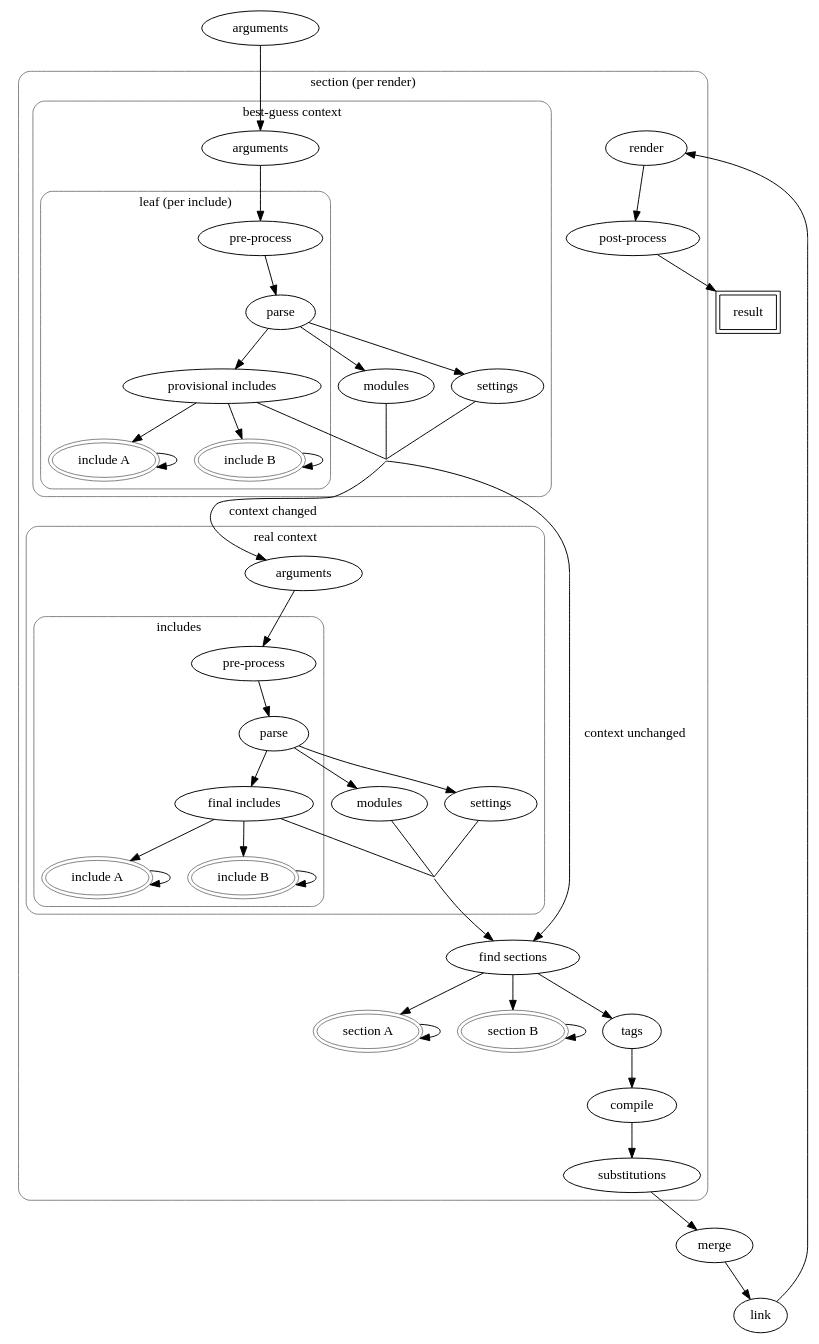
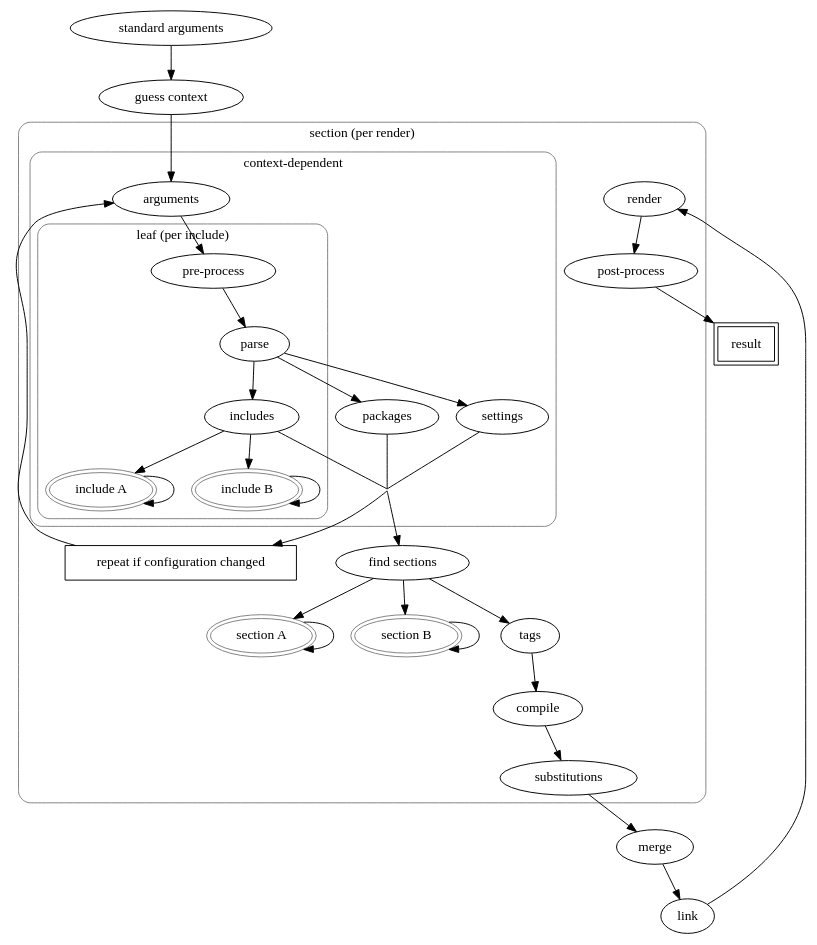
Before and after one commit to mverleg/notex_core: the diagram in doc/compile.rst, drawn with Graphviz.

Commit message:
restructured compile: recursive context part, updated names

```diff
--- a/doc/compile.rst
+++ b/doc/compile.rst
@@ -13,63 +13,37 @@
 		subgraph cluster_per_section {
             label="section (per render)"
             graph[style=rounded,color=gray]
-            subgraph cluster_provisional {
-                label="best-guess context"
+            subgraph cluster_in_context {
+                label="context-dependent"
                 graph[style="rounded",color="gray"]
-                "provisional arguments" [label="arguments"]
-                "provisional pre-process" [label="pre-process"]
-                "provisional parse" [label="parse"]
-                "provisional modules" [label="modules"]
-                "provisional settings" [label="settings"]
-                subgraph cluster_include_provisional {
+                "arguments" [label="arguments"]
+                "pre-process" [label="pre-process"]
+                "parse" [label="parse"]
+                "packages" [label="packages"]
+                "settings" [label="settings"]
+                subgraph cluster_include_final {
                     label="leaf (per include)"
                     graph[style="rounded",color="gray"]
-                    "provisional pre-process" -> "provisional parse" -> "provisional includes"
-                    "provisional include A" [label="include A",peripheries=2,color=gray]
-                    "provisional include B" [label="include B",peripheries=2,color=gray]
-                    "provisional include A" -> "provisional include A" [arrowname=crow]
-                    "provisional include B" -> "provisional include B" [arrowname=crow]
-                    "provisional includes" -> "provisional include A" [arrowname=crow]
-                    "provisional includes" -> "provisional include B" [arrowname=crow]
+                    "pre-process" -> "parse" -> "includes"
+                    "include A" [label="include A",peripheries=2,color=gray]
+                    "include B" [label="include B",peripheries=2,color=gray]
+                    "include A" -> "include A" [arrowname=crow]
+                    "include B" -> "include B" [arrowname=crow]
+                    "includes" -> "include A" [arrowname=crow]
+                    "includes" -> "include B" [arrowname=crow]
                 }
-                "provisional arguments" -> "provisional pre-process"
-                "provisional parse" -> "provisional modules"
-                "provisional parse" -> "provisional settings"
-                "provisional merge" [style=invis,height=0,label=""]
-                "provisional includes" -> "provisional merge" [dir=none]
-                "provisional modules"  -> "provisional merge" [dir=none]
-                "provisional settings" -> "provisional merge" [dir=none]
+                "arguments" -> "pre-process"
+                "parse" -> "packages"
+                "parse" -> "settings"
+                "hidden-joint" [style=invis,height=0,label=""]
+                "includes" -> "hidden-joint" [dir=none]
+                "packages"  -> "hidden-joint" [dir=none]
+                "settings" -> "hidden-joint" [dir=none]
             }
-            subgraph cluster_final {
-                label="real context"
-                graph[style="rounded",color="gray"]
-                "final arguments" [label="arguments"]
-                "final pre-process" [label="pre-process"]
-                "final parse" [label="parse"]
-                "final modules" [label="modules"]
-                "final settings" [label="settings"]
-                subgraph cluster_include_final {
-                    label="includes"
-                    graph[style="rounded",color="gray"]
-                    "final pre-process" -> "final parse" -> "final includes"
-                    "final include A" [label="include A",peripheries=2,color=gray]
-                    "final include B" [label="include B",peripheries=2,color=gray]
-                    "final include A" -> "final include A" [arrowname=crow]
-                    "final include B" -> "final include B" [arrowname=crow]
-                    "final includes" -> "final include A" [arrowname=crow]
-                    "final includes" -> "final include B" [arrowname=crow]
-                }
-                "final arguments" -> "final pre-process"
-                "final parse" -> "final modules"
-                "final parse" -> "final settings"
-                "final merge" [style=invis,height=0,label=""]
-                "final includes" -> "final merge" [dir=none]
-                "final modules"  -> "final merge" [dir=none]
-                "final settings" -> "final merge" [dir=none]
-            }
-            "provisional merge" -> "final arguments" [label="context changed"]
-            "provisional merge" -> "find sections" [label="context unchanged"]
-            "final merge" -> "find sections"
+            "repeat" [shape=rounded,label="repeat if configuration changed"]
+            "hidden-joint" -> "repeat"
+            "repeat" -> "arguments"
+            "hidden-joint" -> "find sections"
             "section A" [peripheries=2,color=gray]
             "section B" [peripheries=2,color=gray]
             "find sections" -> "section A" [arrowname=crow]
@@ -86,6 +60,5 @@
 		"result" [peripheries=2,shape=rounded]
 		"substitutions" -> "merge" -> "link" -> "render"
 		"post-process" -> "result"
-        "initial arguments" [label="arguments"]
-        "initial arguments" -> "provisional arguments"
+        "standard arguments" -> "guess context" -> "arguments"
 	}
```
